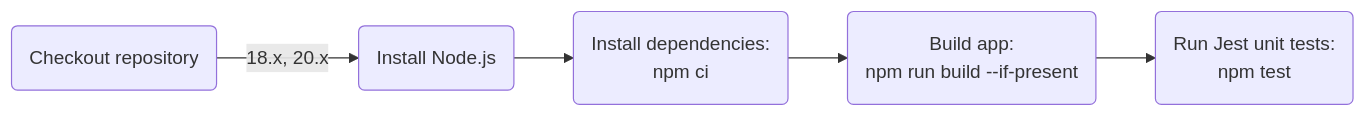
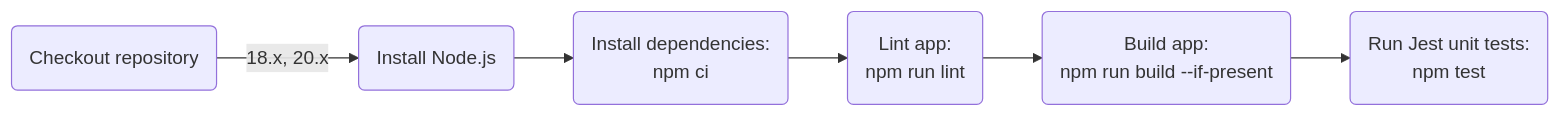
The second of 5 diagrams in README.md (Abhiek187/ez-recipes-server), drawn with Mermaid before and after one commit. The commit also changed 1 other file, not shown here.

Commit message:
Add linting to the pipeline

````diff
--- a/README.md
+++ b/README.md
@@ -50,8 +50,9 @@
 ```mermaid
 flowchart LR
 
 A(Checkout repository) -->|18.x, 20.x| B(Install Node.js)
 B --> C(Install dependencies:\nnpm ci)
-C --> D(Build app:\nnpm run build --if-present)
-D --> E(Run Jest unit tests:\nnpm test)
+C --> D(Lint app: \nnpm run lint)
+D --> E(Build app:\nnpm run build --if-present)
+E --> F(Run Jest unit tests:\nnpm test)
 ```
````
